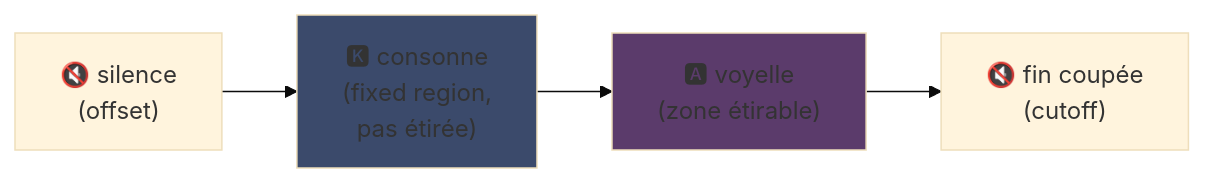
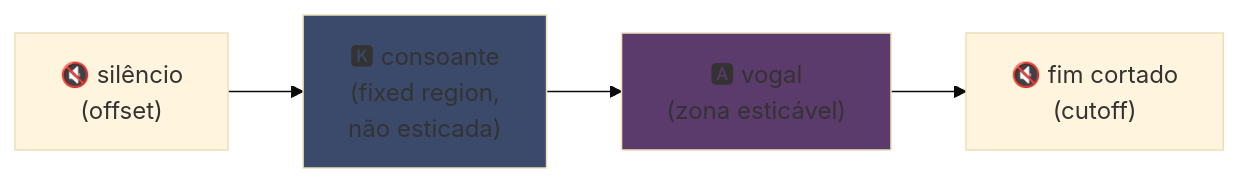
One commit to fox3000foxy/fox3000foxy.github.io changed the first of 2 diagrams in public/articles/pt/utau.md. Above: the diagram before and after it, drawn with Mermaid (base theme). The commit also changed other lines of this file and 576 other files, not shown here.

````diff
--- a/public/articles/pt/utau.md
+++ b/public/articles/pt/utau.md
@@ -81,8 +81,8 @@
 ```mermaid
 flowchart LR
-    A["🔇 silence<br/>(offset)"] --> B["🅺 consonne<br/>(fixed region,<br/>pas étirée)"]
-    B --> C["🅰 voyelle<br/>(zone étirable)"]
-    C --> D["🔇 fin coupée<br/>(cutoff)"]
+    A["🔇 silêncio<br/>(offset)"] --> B["🅺 consoante<br/>(fixed region,<br/>não esticada)"]
+    B --> C["🅰 vogal<br/>(zona esticável)"]
+    C --> D["🔇 fim cortado<br/>(cutoff)"]
     style B fill:#3b4a6b
     style C fill:#5b3b6b
 ```
````
